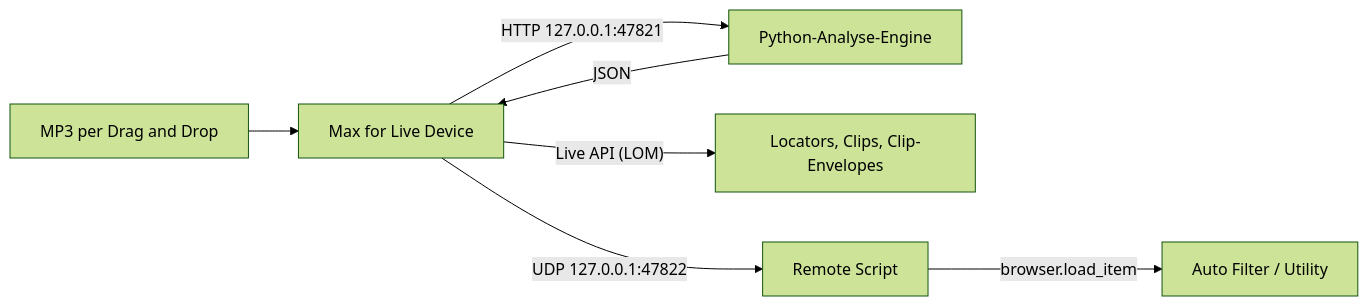
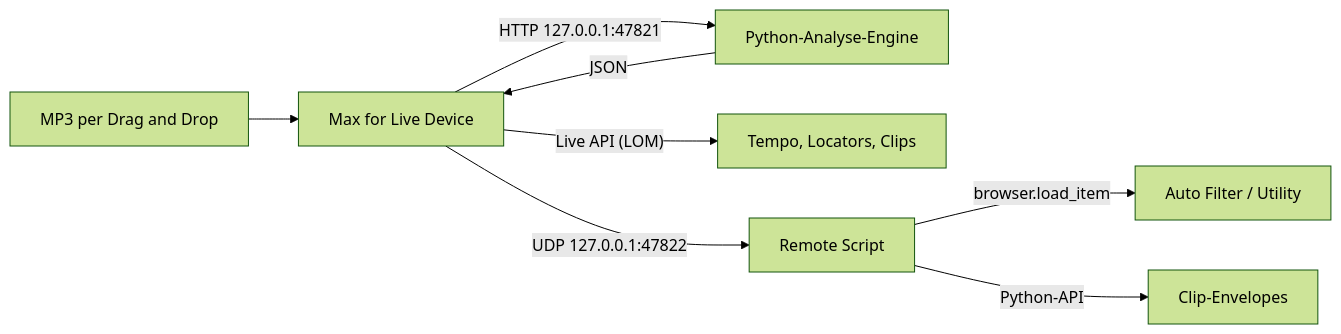
Before and after one commit to laurinlichtmess/Ableton: the diagram in README.md, drawn with Mermaid (forest theme). The commit also changed other lines of this file and 8 other files, not shown here.

First line of the commit message:
Live 11: write clip envelopes via Remote Script, reuse LiveAPI objects, non-fatal Apply steps

````diff
--- a/README.md
+++ b/README.md
@@ -10,9 +11,10 @@
 ```mermaid
 flowchart LR
   User["MP3 per Drag and Drop"] --> M4L["Max for Live Device"]
   M4L -->|"HTTP 127.0.0.1:47821"| Engine["Python-Analyse-Engine"]
   Engine -->|"JSON"| M4L
-  M4L -->|"Live API (LOM)"| LiveSet["Locators, Clips, Clip-Envelopes"]
+  M4L -->|"Live API (LOM)"| LiveSet["Tempo, Locators, Clips"]
   M4L -->|"UDP 127.0.0.1:47822"| Remote["Remote Script"]
   Remote -->|"browser.load_item"| Devices["Auto Filter / Utility"]
+  Remote -->|"Python-API"| Envelopes["Clip-Envelopes"]
 ```
````
